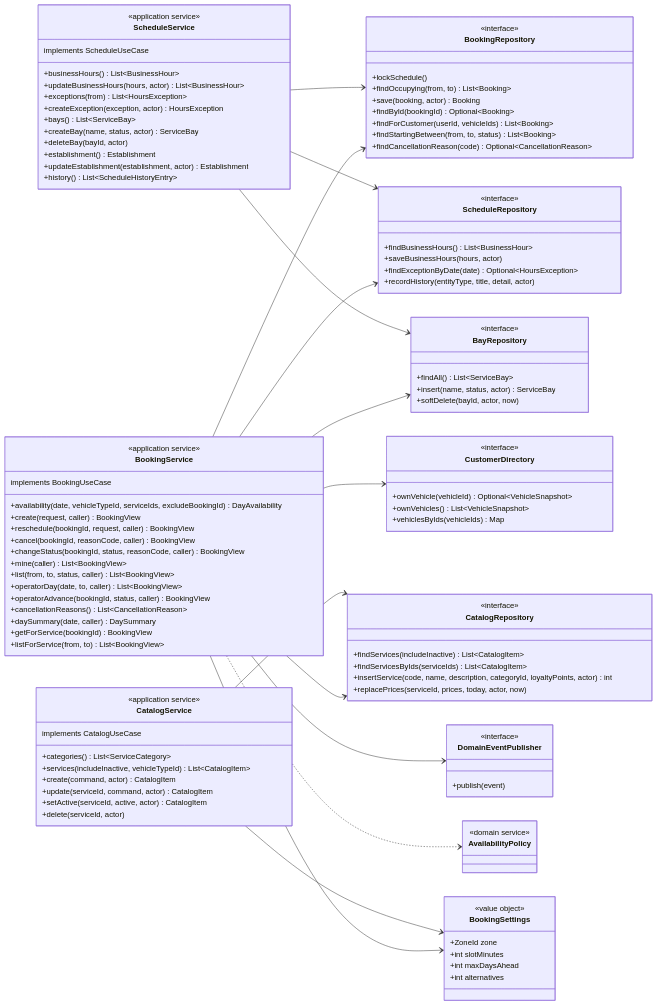
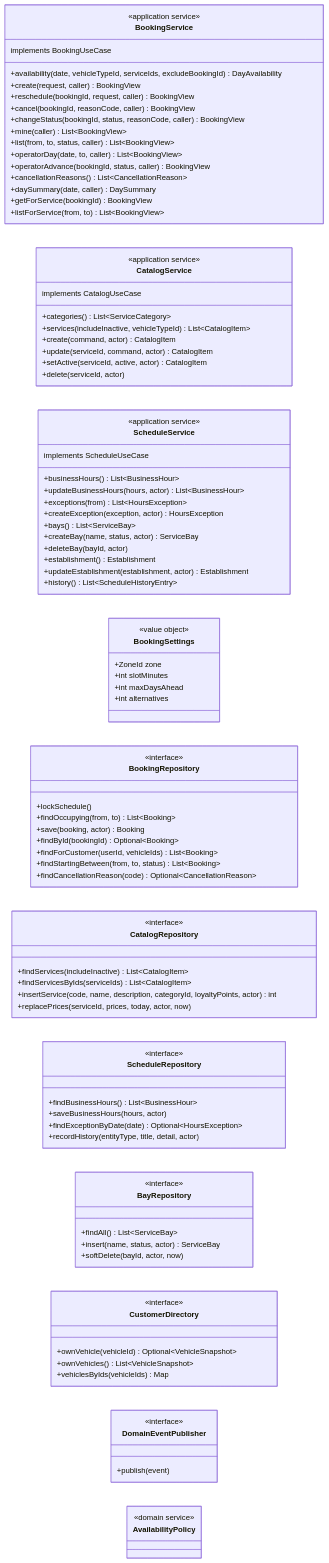
One commit to BrayanCABRERA123/lavarapido-docs changed diagram 13 of 19 in 04_DOCUMENTACION_DE_DISENO_DEL_SOFTWARE/EN/MD/software-design-documentation.md. Above: the diagram before and after it, drawn with Mermaid. The commit also changed other lines of this file and 7 other files, not shown here.

Commit message:
docs(design): correct the design against the code and list the ports under each figure (1.4)

````diff
--- a/04_DOCUMENTACION_DE_DISENO_DEL_SOFTWARE/EN/MD/software-design-documentation.md
+++ b/04_DOCUMENTACION_DE_DISENO_DEL_SOFTWARE/EN/MD/software-design-documentation.md
@@ -2290,5 +2305,6 @@
 ```mermaid
 classDiagram
+  %% grid: 1+2
   direction LR
   class BookingService {
     <<application service>>
@@ -2381,17 +2397,4 @@
   class AvailabilityPolicy {
     <<domain service>>
   }
-  BookingService --> BookingRepository
-  BookingService --> CatalogRepository
-  BookingService --> ScheduleRepository
-  BookingService --> BayRepository
-  BookingService --> CustomerDirectory
-  BookingService --> DomainEventPublisher
-  BookingService --> BookingSettings
-  BookingService ..> AvailabilityPolicy
-  CatalogService --> CatalogRepository
-  CatalogService --> BookingSettings
-  ScheduleService --> ScheduleRepository
-  ScheduleService --> BayRepository
-  ScheduleService --> BookingRepository
 ```
````
